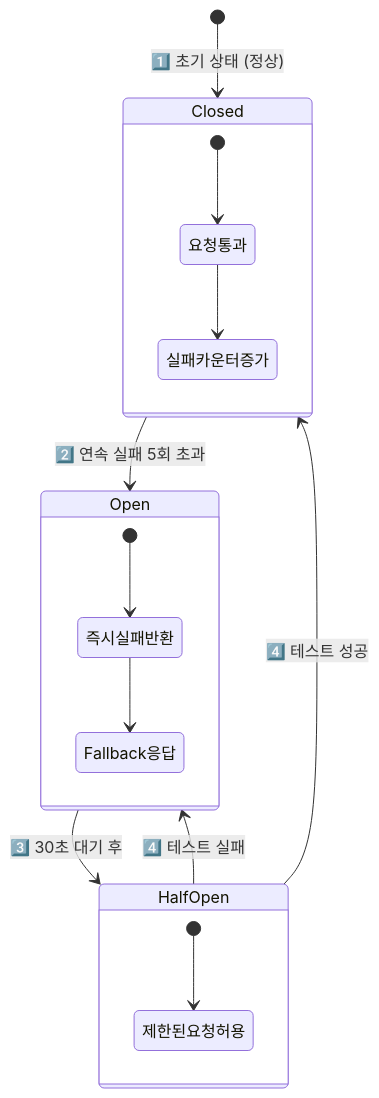
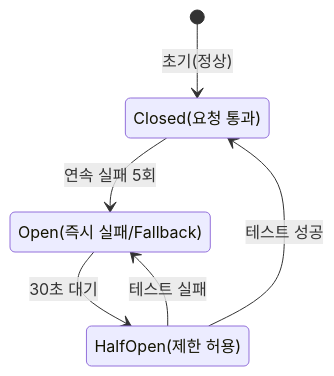
One commit to yjkim2015/yjkim2015.github.io changed the tenth of 15 diagrams in _posts/architecture/2026-05-02-msa-deep.md. Above: the diagram before and after it, drawn with Mermaid. The commit also changed other lines of this file and 215 other files, not shown here.

First line of the commit message:
신규 포스트 10개 추가 + Mermaid 전면 축소 + SystemDesign 시리즈 보강

````diff
--- a/_posts/architecture/2026-05-02-msa-deep.md
+++ b/_posts/architecture/2026-05-02-msa-deep.md
@@ -387,23 +306,11 @@
 ```mermaid
 stateDiagram-v2
-    [*] --> Closed: 1️⃣ 초기 상태 (정상)
-
-    Closed --> Open: 2️⃣ 연속 실패 5회 초과
-    Open --> HalfOpen: 3️⃣ 30초 대기 후
-    HalfOpen --> Closed: 4️⃣ 테스트 성공
-    HalfOpen --> Open: 4️⃣ 테스트 실패
-
-    state Closed {
-        [*] --> 요청통과
-        요청통과 --> 실패카운터증가
-    }
-
-    state Open {
-        [*] --> 즉시실패반환
-        즉시실패반환 --> Fallback응답
-    }
-
-    state HalfOpen {
-        [*] --> 제한된요청허용
-    }
+    [*] --> Closed: 초기(정상)
+    Closed --> Open: 연속 실패 5회
+    Open --> HalfOpen: 30초 대기
+    HalfOpen --> Closed: 테스트 성공
+    HalfOpen --> Open: 테스트 실패
+    Closed: Closed(요청 통과)
+    Open: Open(즉시 실패/Fallback)
+    HalfOpen: HalfOpen(제한 허용)
 ```
````
